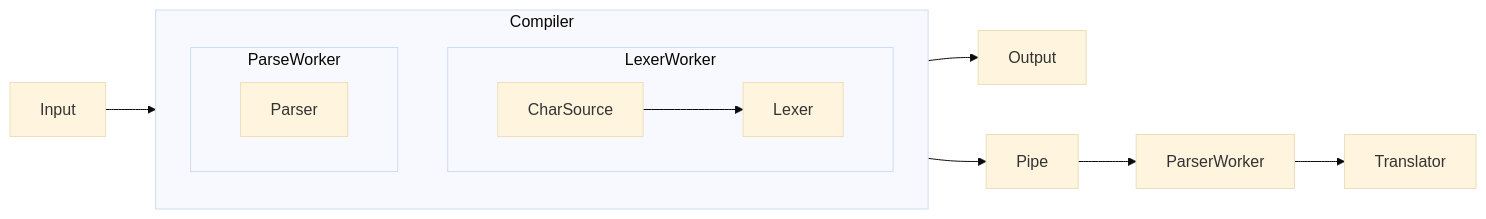
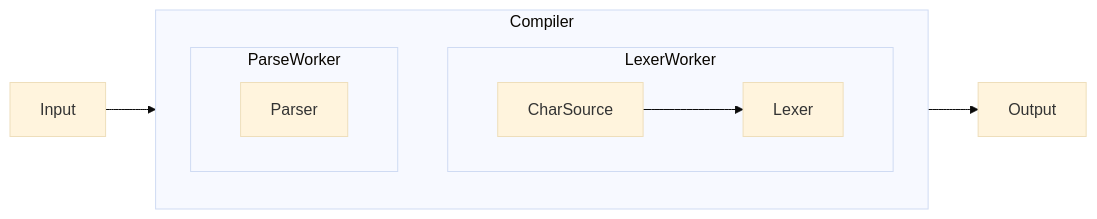
Before and after one commit to Ramzeeset/Expression-Parser: the diagram in README.md, drawn with Mermaid (base theme).

````diff
--- a/README.md
+++ b/README.md
@@ -7,15 +7,13 @@
 ```mermaid
 flowchart LR
   subgraph Compiler
     direction TB
     subgraph LexerWorker
         CharSource-->Lexer
     end
     subgraph ParseWorker
         Parser
     end
   end
   Input --> Compiler --> Output
-  LexerWorker-->Pipe-->ParserWorker
-  ParserWorker-->Translator
 ```
````
